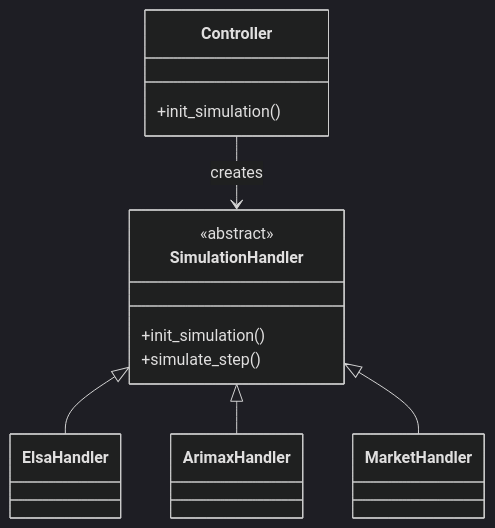
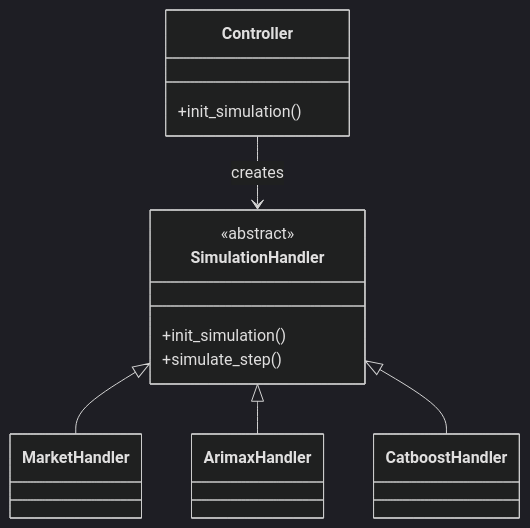
Before and after one commit to SURIMI-Project/SURIMI-project: the second of 2 diagrams in deliverables/D3.1 - System dynamics model/D3.1 - System dynamics model.md, drawn with Mermaid (dark theme).

Commit message:
Add CatboostHandler to SimulationHandler
Added CatboostHandler to the SimulationHandler class hierarchy.

````diff
--- a/deliverables/D3.1 - System dynamics model/D3.1 - System dynamics model.md
+++ b/deliverables/D3.1 - System dynamics model/D3.1 - System dynamics model.md
@@ -84,21 +84,23 @@
 ```mermaid
 classDiagram
     class Controller {
         +init_simulation()
     }
 
     class SimulationHandler {
         <<abstract>>
         +init_simulation()
         +simulate_step()
     }
 
     class MarketHandler
     class ArimaxHandler
-    class MarketHandler
+    class CatboostHandler
 
     Controller --> SimulationHandler : creates
-    SimulationHandler <|-- ElsaHandler
+    SimulationHandler <|-- MarketHandler
     SimulationHandler <|-- ArimaxHandler
-    SimulationHandler <|-- MarketHandler
+    SimulationHandler <|-- CatboostHandler
+    
+    
 ```
````
